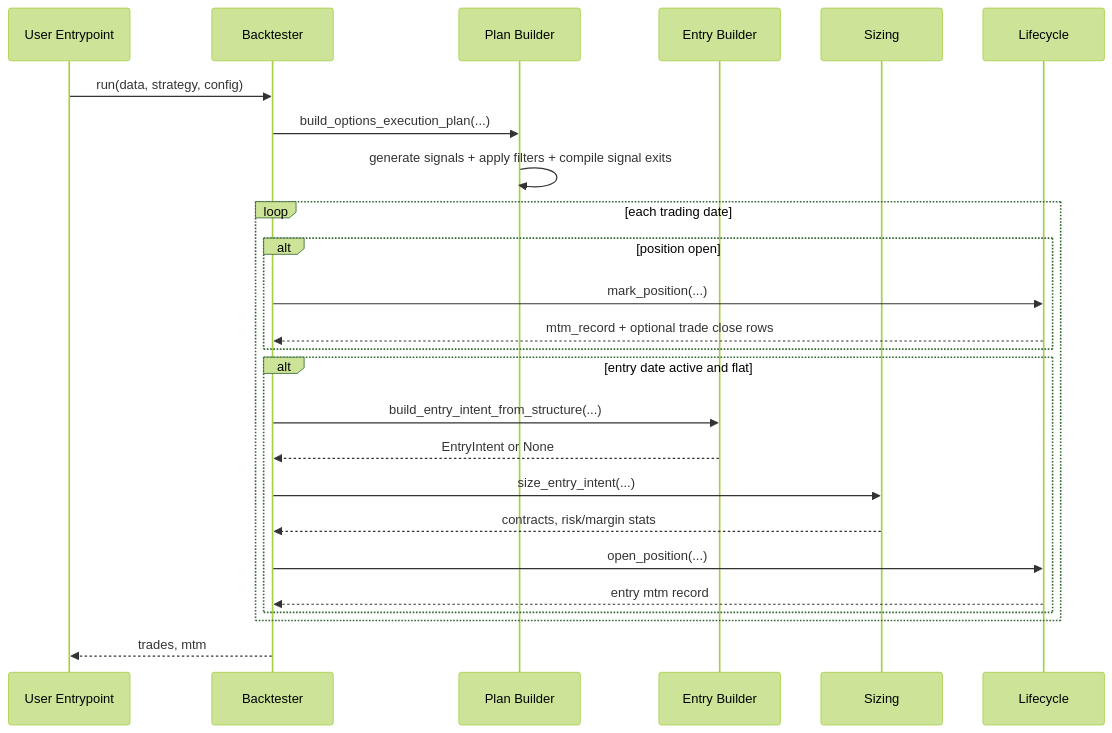
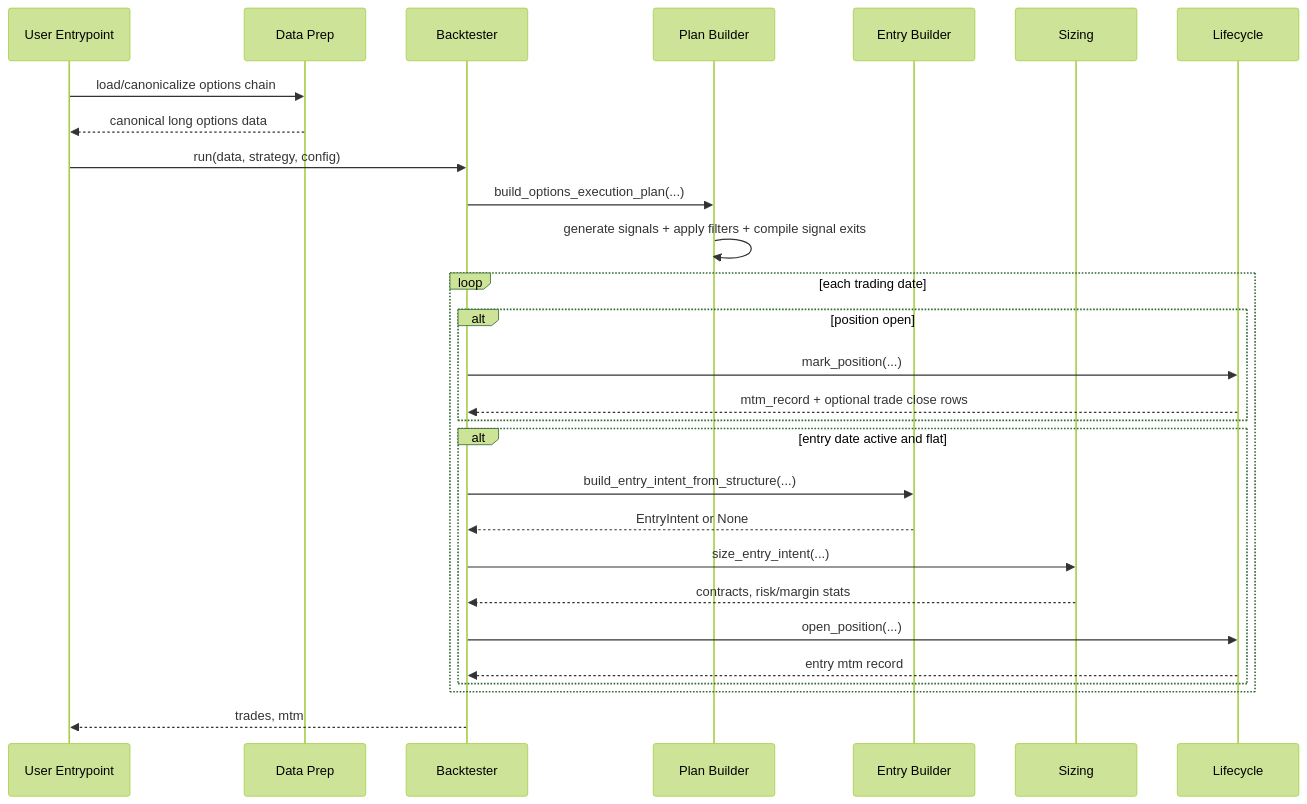
Before and after one commit to anthonymakarewicz/volatility-trading: the second of 3 diagrams in docs/reference/backtesting/architecture_overview.md, drawn with Mermaid (forest theme). The commit also changed other lines of this file and 5 other files, not shown here.

First line of the commit message:
docs: align backtesting architecture, workflows, and contributor guidance (#27)

````diff
--- a/docs/reference/backtesting/architecture_overview.md
+++ b/docs/reference/backtesting/architecture_overview.md
@@ -59,28 +60,31 @@
 ```mermaid
 sequenceDiagram
     participant U as User Entrypoint
+    participant D0 as Data Prep
     participant B as Backtester
     participant P as Plan Builder
     participant E as Entry Builder
     participant Z as Sizing
     participant L as Lifecycle
 
+    U->>D0: load/canonicalize options chain
+    D0-->>U: canonical long options data
     U->>B: run(data, strategy, config)
     B->>P: build_options_execution_plan(...)
     P->>P: generate signals + apply filters + compile signal exits
     loop each trading date
         alt position open
             B->>L: mark_position(...)
             L-->>B: mtm_record + optional trade close rows
         end
         alt entry date active and flat
             B->>E: build_entry_intent_from_structure(...)
             E-->>B: EntryIntent or None
             B->>Z: size_entry_intent(...)
             Z-->>B: contracts, risk/margin stats
             B->>L: open_position(...)
             L-->>B: entry mtm record
         end
     end
     B-->>U: trades, mtm
 ```
````
